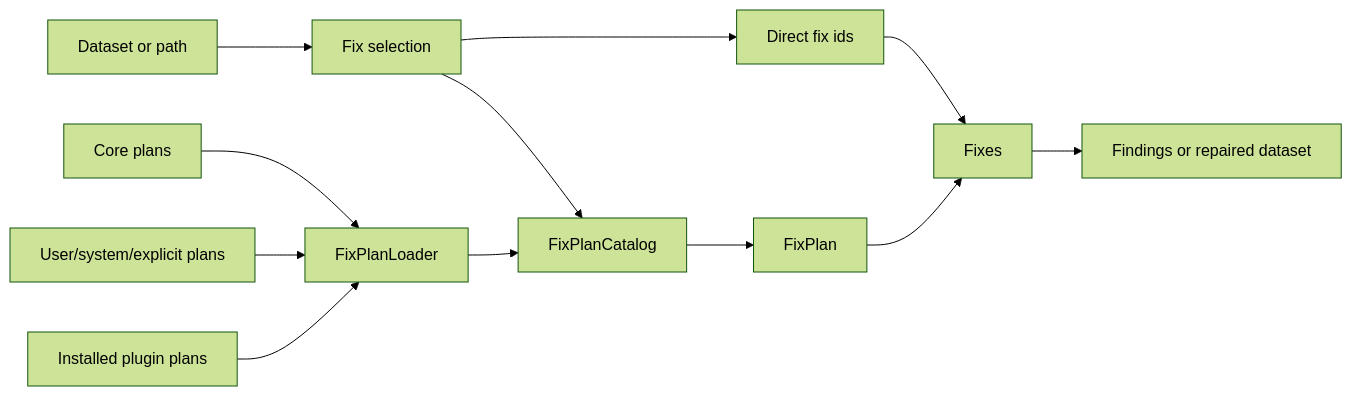
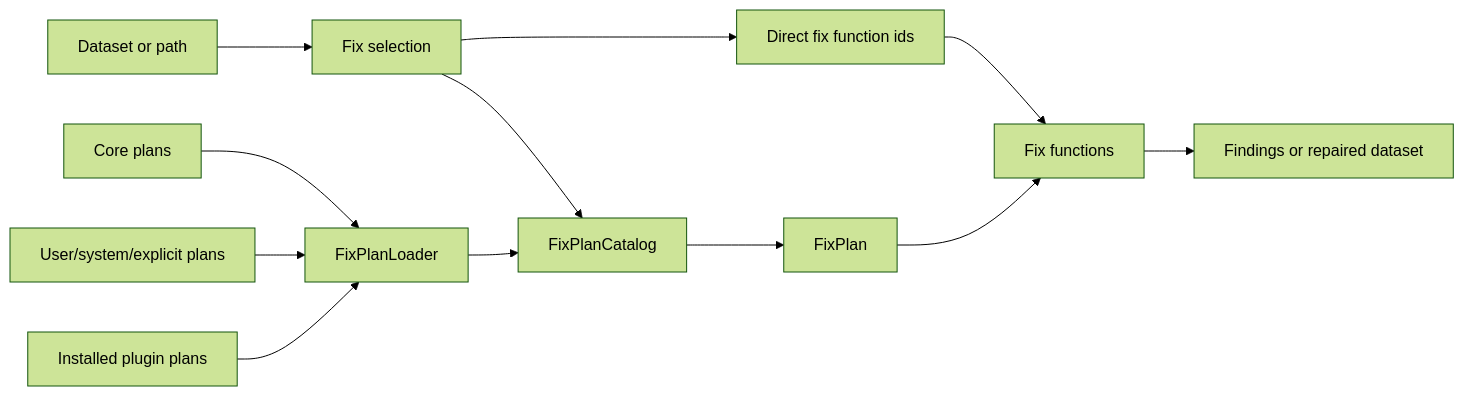
One commit to cehbrecht/woodpecker changed the diagram in docs/concepts.md. Above: the diagram before and after it, drawn with Mermaid (forest theme). The commit also changed other lines of this file and 63 other files, not shown here.

````diff
--- a/docs/concepts.md
+++ b/docs/concepts.md
@@ -8,14 +8,14 @@
 ```mermaid
 flowchart LR
   Dataset["Dataset or path"] --> Selection["Fix selection"]
-  Selection --> Direct["Direct fix ids"]
+  Selection --> Direct["Direct fix function ids"]
   Selection --> Catalog["FixPlanCatalog"]
   Loader["FixPlanLoader"] --> Catalog
   Core["Core plans"] --> Loader
   Local["User/system/explicit plans"] --> Loader
   Plugins["Installed plugin plans"] --> Loader
   Catalog --> Plan["FixPlan"]
-  Direct --> Fixes["Fixes"]
-  Plan --> Fixes
-  Fixes --> Result["Findings or repaired dataset"]
+  Direct --> FixFunctions["Fix functions"]
+  Plan --> FixFunctions
+  FixFunctions --> Result["Findings or repaired dataset"]
 ```
````
